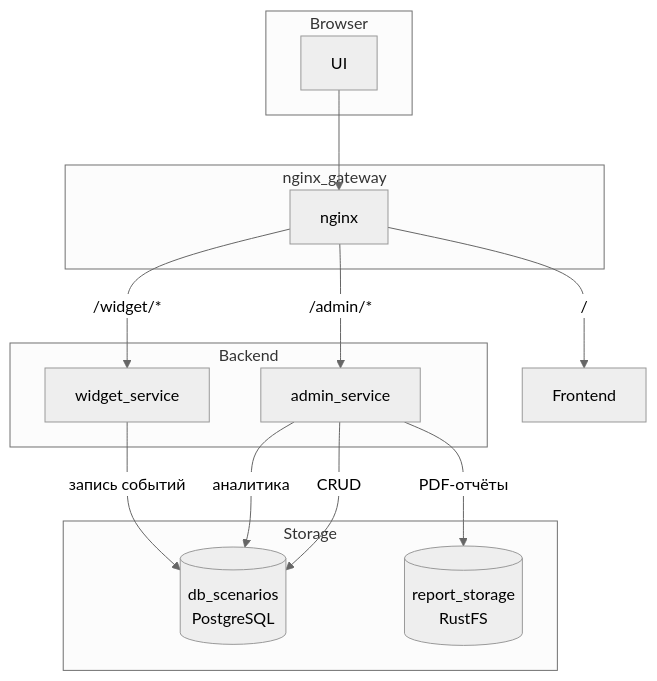
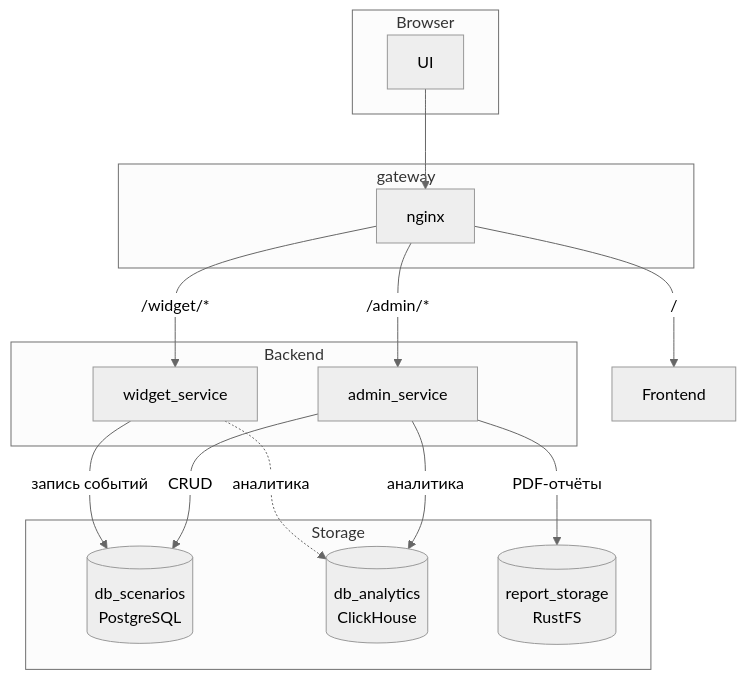
Before and after one commit to M2IE/Interactive-onboarding: the diagram in README.md, drawn with Mermaid (neutral theme). The commit also changed other lines of this file, not shown here.

````diff
--- a/README.md
+++ b/README.md
@@ -107,31 +107,33 @@
 ```mermaid
 graph TD
     subgraph Browser
         UI[UI<br/>]
     end
 
-    subgraph Gateway["nginx_gateway"]
+    subgraph Gateway["gateway"]
         NG[nginx]
     end
 
     subgraph Backend
         Admin[admin_service<br/>]
         Widget[widget_service<br/>]
     end
 
     subgraph Storage
         PG[(db_scenarios<br/>PostgreSQL)]
+        CH[(db_analytics<br/>ClickHouse)]
         S3[(report_storage<br/>RustFS)]
     end
 
     UI -->NG
 
     NG -->|"/"| Frontend[Frontend<br/>]
     NG -->|"/admin/*"| Admin
     NG -->|"/widget/*"| Widget
 
     Admin -->|CRUD| PG
     Admin -->|PDF-отчёты| S3
-    Admin -->|аналитика| PG
+    Admin -->|аналитика| CH
     Widget -->|запись событий| PG
+    Widget -.->|аналитика| CH
 ```
````
